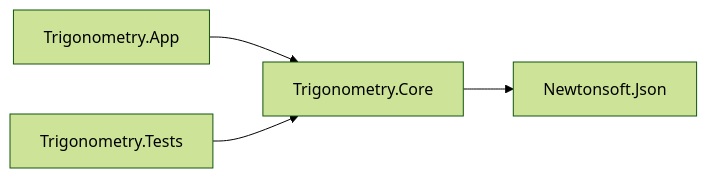
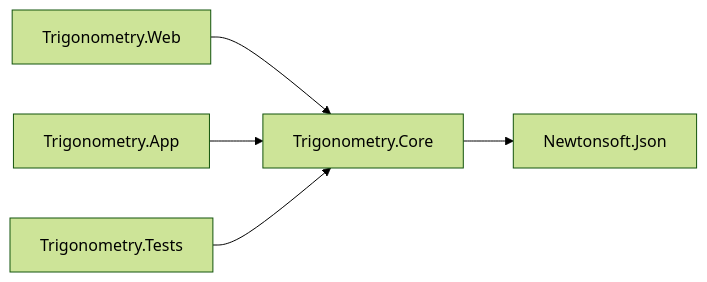
The diagram in Lab7/README.md (antowebwp/tp-labs-kononov), drawn with Mermaid (forest theme) before and after one commit. The commit also changed other lines of this file and 8 other files, not shown here.

````diff
--- a/Lab7/README.md
+++ b/Lab7/README.md
@@ -15,6 +22,7 @@
 ```mermaid
 flowchart LR
-  App[Trigonometry.App] --> Core[Trigonometry.Core]
+  Web[Trigonometry.Web] --> Core[Trigonometry.Core]
+  App[Trigonometry.App] --> Core
   Tests[Trigonometry.Tests] --> Core
-  Core --> CodePages[Newtonsoft.Json]
+  Core --> Json[Newtonsoft.Json]
 ```
````
